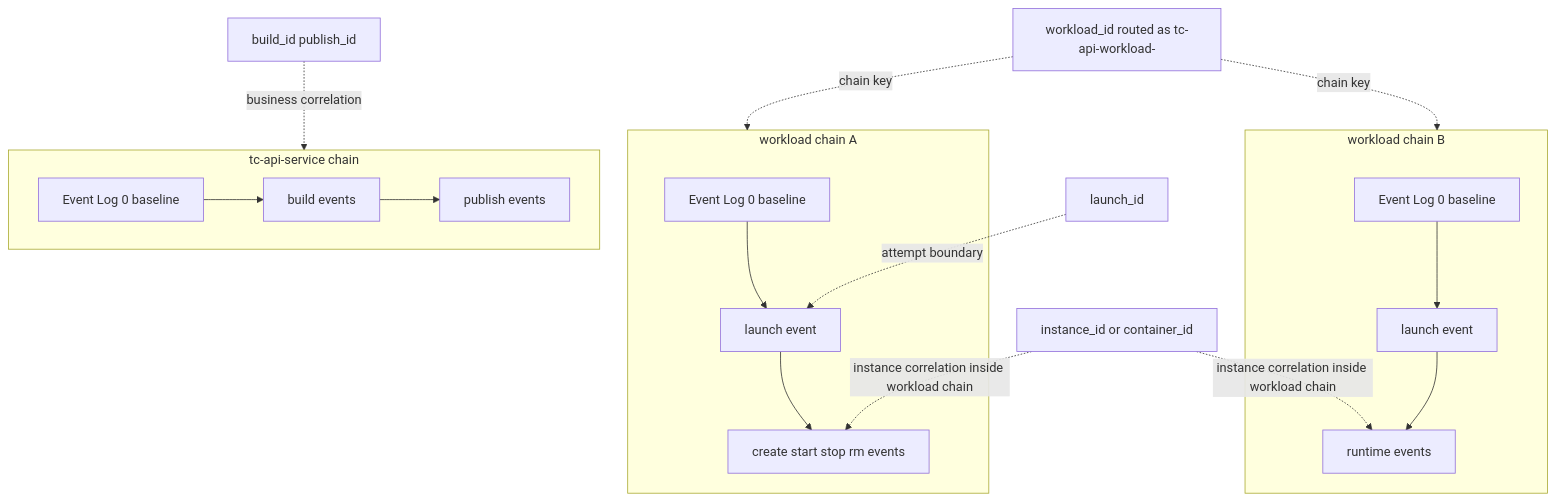
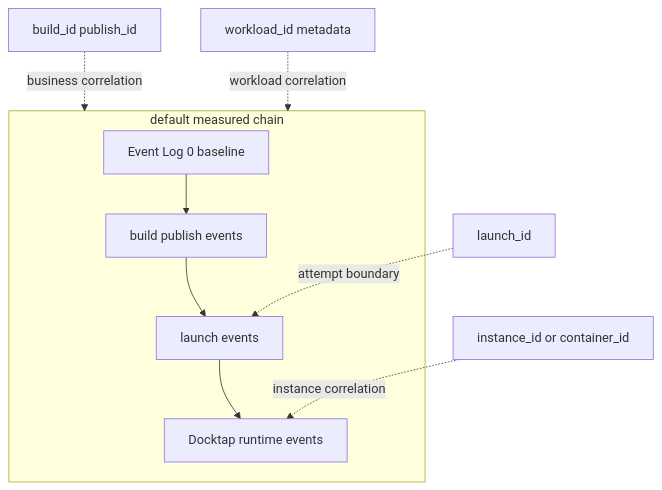
Before and after one commit to intel/confidential-computing-zoo: the fifth of 6 diagrams in cczoo/agent-cc/core/tc-api/docs/architecture.md, drawn with Mermaid. The commit also changed other lines of this file and 54 other files, not shown here.

Commit message:
Impl `default-only-measurement-chain`

````diff
--- a/cczoo/agent-cc/core/tc-api/docs/architecture.md
+++ b/cczoo/agent-cc/core/tc-api/docs/architecture.md
@@ -151,30 +151,15 @@
 ```mermaid
 flowchart TB
-  subgraph SERVICE[tc-api-service chain]
+  subgraph DEFAULT[default measured chain]
     d0[Event Log 0 baseline]
-    d1[build events]
-    d2[publish events]
-    d0 --> d1 --> d2
+    d1[build publish events]
+    d2[launch events]
+    d3[Docktap runtime events]
+    d0 --> d1 --> d2 --> d3
   end
 
-  subgraph W1[workload chain A]
-    w10[Event Log 0 baseline]
-    w11[launch event]
-    w12[create start stop rm events]
-    w10 --> w11 --> w12
-  end
-
-  subgraph W2[workload chain B]
-    w20[Event Log 0 baseline]
-    w21[launch event]
-    w22[runtime events]
-    w20 --> w21 --> w22
-  end
-
-  buildid[build_id publish_id] -. business correlation .-> SERVICE
-  workloadid[workload_id routed as tc-api-workload-<workload_id>] -. chain key .-> W1
-  workloadid -. chain key .-> W2
-  launchid[launch_id] -. attempt boundary .-> w11
-  instanceid[instance_id or container_id] -. instance correlation inside workload chain .-> w12
-  instanceid -. instance correlation inside workload chain .-> w22
+  buildid[build_id publish_id] -. business correlation .-> DEFAULT
+  workloadid[workload_id metadata] -. workload correlation .-> DEFAULT
+  launchid[launch_id] -. attempt boundary .-> d2
+  instanceid[instance_id or container_id] -. instance correlation .-> d3
 ```
````
